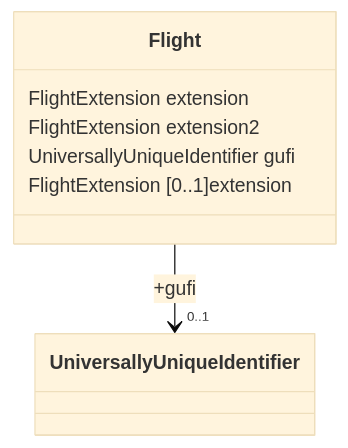
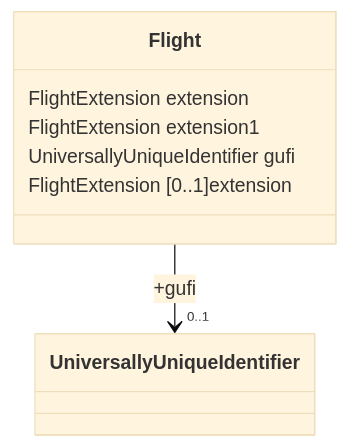
The first of 2 diagrams in docs/fixm/FIXM_UML_in_mermaid.md (du-lapin/test_docsify), drawn with Mermaid (base theme) before and after one commit. The commit also changed other lines of this file, not shown here.

````diff
--- a/docs/fixm/FIXM_UML_in_mermaid.md
+++ b/docs/fixm/FIXM_UML_in_mermaid.md
@@ -4,10 +4,10 @@
 ```mermaid
 classDiagram
 class Flight{
 FlightExtension extension
-FlightExtension extension2
+FlightExtension extension1
 UniversallyUniqueIdentifier gufi
 }
 Flight : FlightExtension [0..1]extension
 Flight --> "0..1"  UniversallyUniqueIdentifier : +gufi
 ```
````
